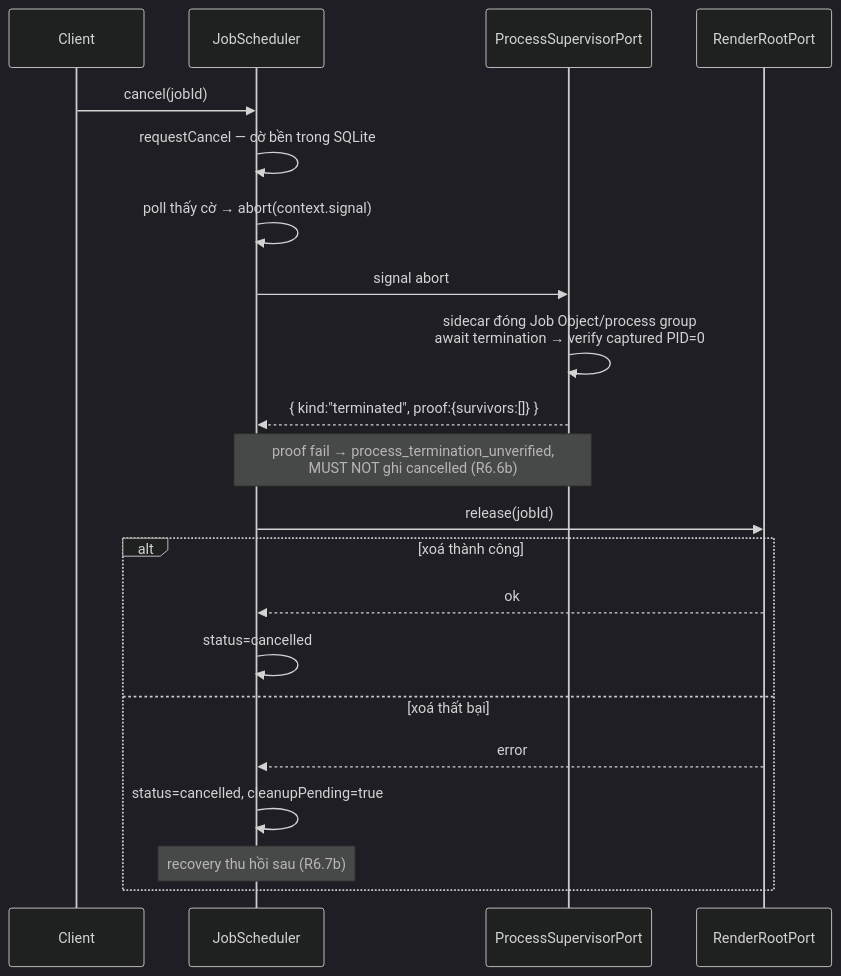
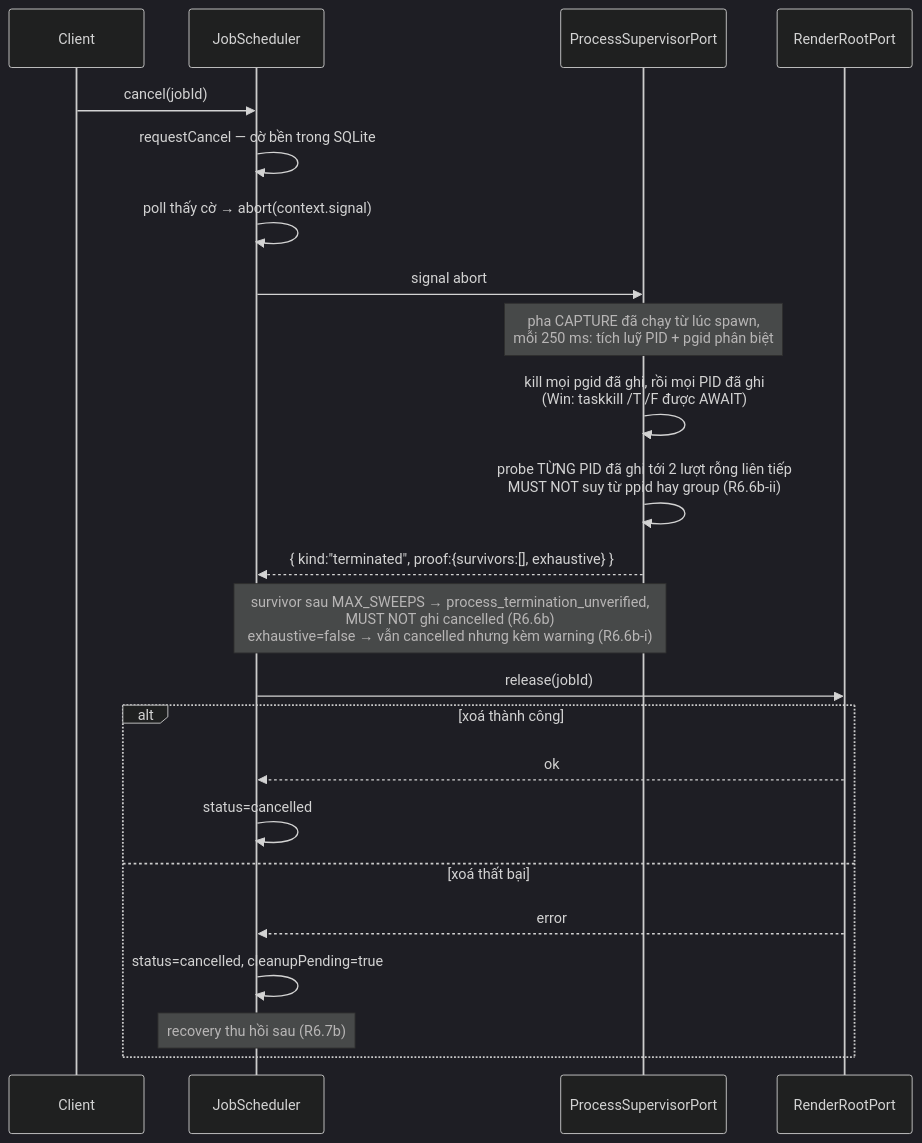
Before and after one commit to alvindev111/vidcom-v2: the fourth of 8 diagrams in llm-documents/specs-and-process/specs/spec-project-delivery-loop/spec-project-delivery-loop-detailed-design.md, drawn with Mermaid (dark theme). The commit also changed other lines of this file and 17 other files, not shown here.

First line of the commit message:
Implement phase 3 checklist gates for process group management and snapshot handling

````diff
--- a/llm-documents/specs-and-process/specs/spec-project-delivery-loop/spec-project-delivery-loop-detailed-design.md
+++ b/llm-documents/specs-and-process/specs/spec-project-delivery-loop/spec-project-delivery-loop-detailed-design.md
@@ -321,24 +356,26 @@
 ```mermaid
 sequenceDiagram
     participant C as Client
     participant JS as JobScheduler
     participant P as ProcessSupervisorPort
     participant RRP as RenderRootPort
 
     C->>JS: cancel(jobId)
     JS->>JS: requestCancel — cờ bền trong SQLite
     JS->>JS: poll thấy cờ → abort(context.signal)
     JS->>P: signal abort
-    P->>P: sidecar đóng Job Object/process group<br/>await termination → verify captured PID=0
-    P-->>JS: { kind:"terminated", proof:{survivors:[]} }
-    Note over JS,P: proof fail → process_termination_unverified,<br/>MUST NOT ghi cancelled (R6.6b)
+    Note over P: pha CAPTURE đã chạy từ lúc spawn,<br/>mỗi 250 ms: tích luỹ PID + pgid phân biệt
+    P->>P: kill mọi pgid đã ghi, rồi mọi PID đã ghi<br/>(Win: taskkill /T /F được AWAIT)
+    P->>P: probe TỪNG PID đã ghi tới 2 lượt rỗng liên tiếp<br/>MUST NOT suy từ ppid hay group (R6.6b-ii)
+    P-->>JS: { kind:"terminated", proof:{survivors:[], exhaustive} }
+    Note over JS,P: survivor sau MAX_SWEEPS → process_termination_unverified,<br/>MUST NOT ghi cancelled (R6.6b)<br/>exhaustive=false → vẫn cancelled nhưng kèm warning (R6.6b-i)
     JS->>RRP: release(jobId)
     alt xoá thành công
         RRP-->>JS: ok
         JS->>JS: status=cancelled
     else xoá thất bại
         RRP-->>JS: error
         JS->>JS: status=cancelled, cleanupPending=true
         Note over JS: recovery thu hồi sau (R6.7b)
     end
 ```
````
